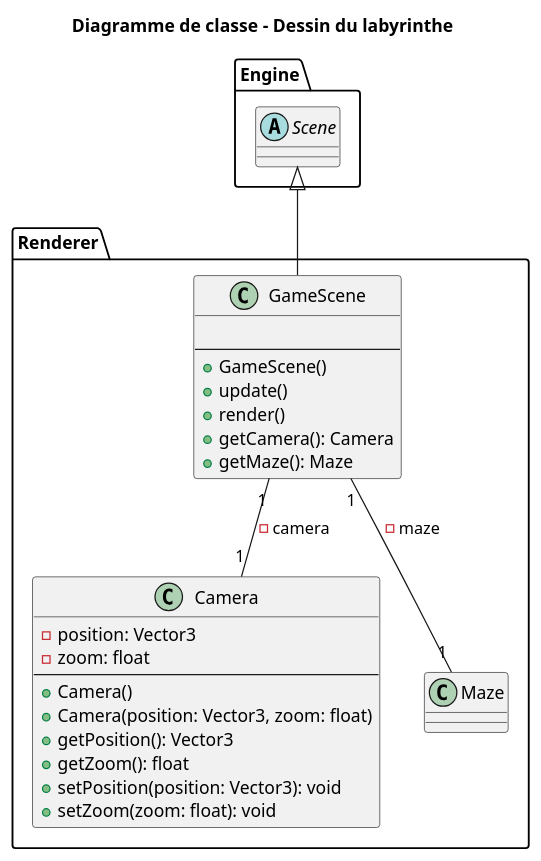
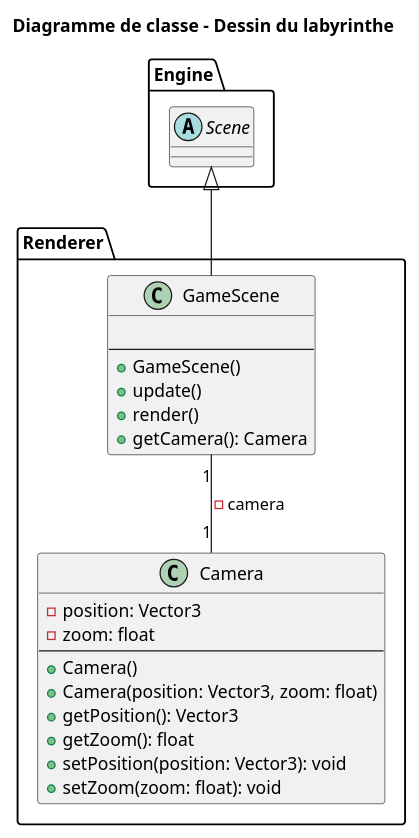
The diagram in sprints/sprint1/diagrammes/GameRenderer.puml (toxicbloud/ACL-2023-MazeOfMadness), drawn with PlantUML before and after one commit. The commit also changed 3 other files, not shown here.

```diff
--- a/sprints/sprint1/diagrammes/GameRenderer.puml
+++ b/sprints/sprint1/diagrammes/GameRenderer.puml
@@ -1,40 +1,36 @@
 @startuml
 title Diagramme de classe - Dessin du labyrinthe
 
 package Engine {
     abstract Scene
 }
 
 package Renderer {
 
     class GameScene {
         
         ---
         + GameScene()
         + update()
         + render()
         + getCamera(): Camera
-        + getMaze(): Maze
     }
 
     GameScene -up-|> Scene
 
     class Camera {
         - position: Vector3
         - zoom: float
         ---
         + Camera()
         + Camera(position: Vector3, zoom: float)
         + getPosition(): Vector3
         + getZoom(): float
         + setPosition(position: Vector3): void
         + setZoom(zoom: float): void
     }
-    
-    class Maze
 }
 
 GameScene "1" -- "1" Camera: - camera
-GameScene "1" -- "1" Maze: - maze
 
 @enduml
```
